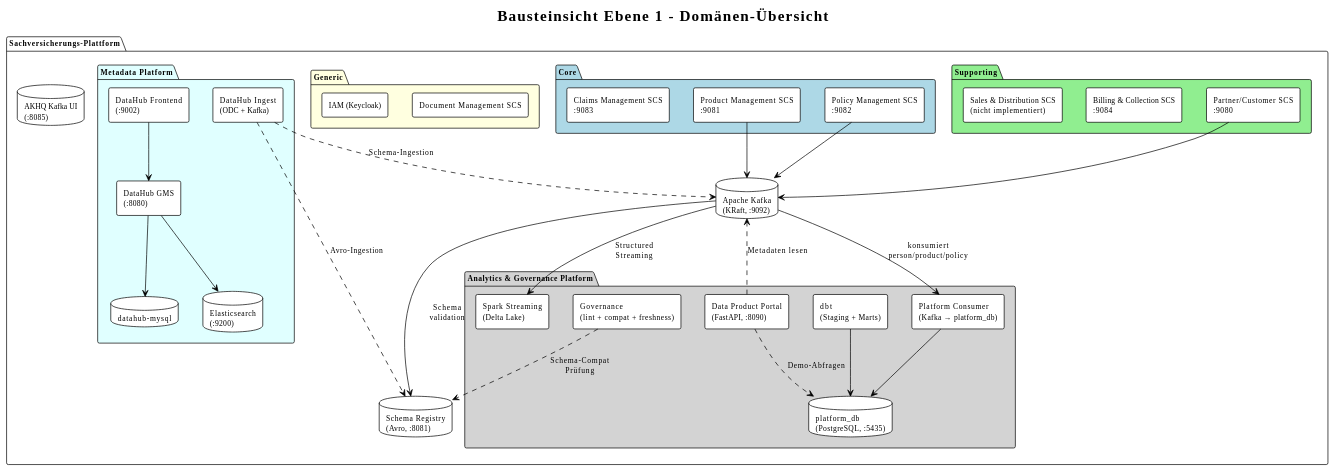
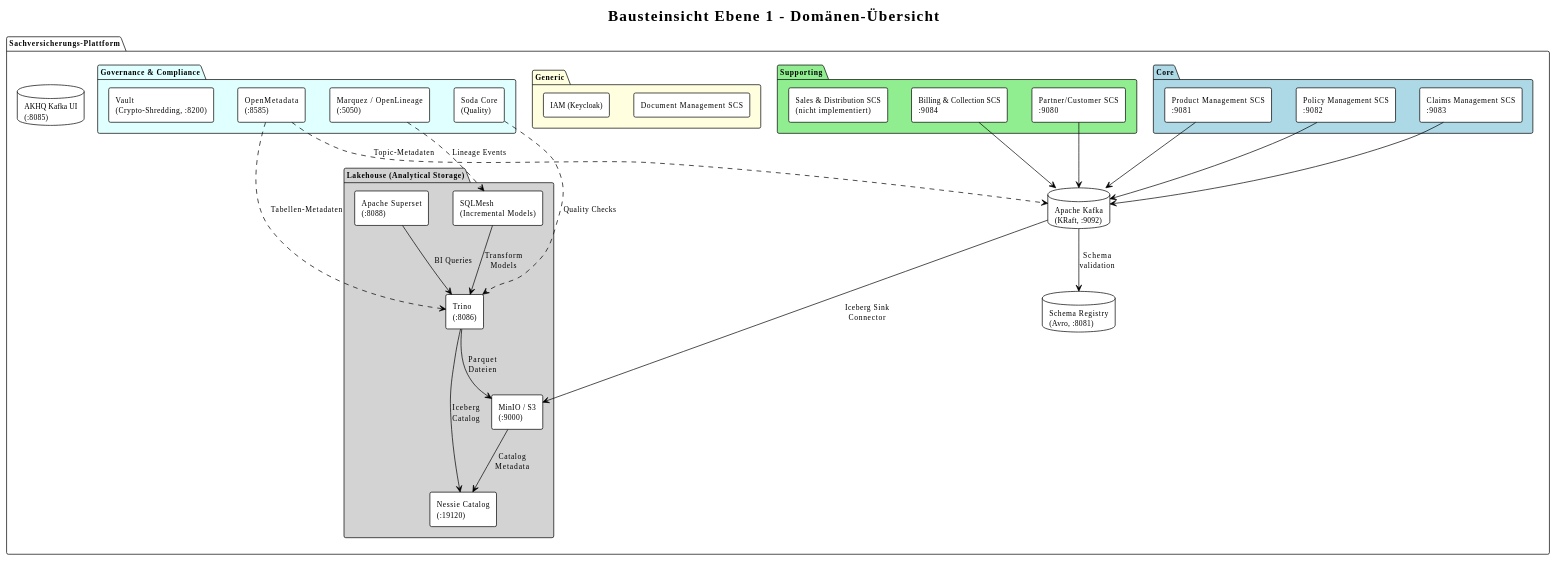
One commit to LukasW/datamesh changed the fourth of 16 diagrams in specs/arc42.md. Above: the diagram before and after it, drawn with PlantUML. The commit also changed other lines of this file and 524 other files, not shown here.

````diff
--- a/specs/arc42.md
+++ b/specs/arc42.md
@@ -297,70 +299,69 @@
 ```plantuml
 @startuml baustein-l1
 !theme plain
 skinparam componentStyle rectangle
 skinparam defaultFontSize 11
 
 title Bausteinsicht Ebene 1 – Domänen-Übersicht
 
 package "Sachversicherungs-Plattform" {
 
   package "Core" #LightBlue {
     [Product Management SCS\n:9081] as PM
     [Policy Management SCS\n:9082] as POL
     [Claims Management SCS\n:9083] as CLM
   }
 
   package "Supporting" #LightGreen {
     [Partner/Customer SCS\n:9080] as PCM
     [Billing & Collection SCS\n:9084] as BIL
     [Sales & Distribution SCS\n(nicht implementiert)] as SAL
   }
 
   package "Generic" #LightYellow {
     [Document Management SCS] as DMS
     [IAM (Keycloak)] as IAM
   }
 
   database "Apache Kafka\n(KRaft, :9092)" as KAFKA
   database "Schema Registry\n(Avro, :8081)" as SR
   database "AKHQ Kafka UI\n(:8085)" as AKHQ
 
-  package "Analytics & Governance Platform" #LightGrey {
-    [Platform Consumer\n(Kafka → platform_db)] as PC
-    [dbt\n(Staging + Marts)] as DBT
-    [Spark Streaming\n(Delta Lake)] as SPARK
-    [Governance\n(lint + compat + freshness)] as GOV
-    [Data Product Portal\n(FastAPI, :8090)] as PORTAL
-    database "platform_db\n(PostgreSQL, :5435)" as PLTDB
+  package "Lakehouse (Analytical Storage)" #LightGrey {
+    [MinIO / S3\n(:9000)] as MINIO
+    [Nessie Catalog\n(:19120)] as NESSIE
+    [Trino\n(:8086)] as TRINO
+    [SQLMesh\n(Incremental Models)] as SQLMESH
+    [Apache Superset\n(:8088)] as SUPERSET
   }
 
-  package "Metadata Platform" #LightCyan {
-    [DataHub GMS\n(:8080)] as DHGMS
-    [DataHub Frontend\n(:9002)] as DH
-    [DataHub Ingest\n(ODC + Kafka)] as DHINGEST
-    database "datahub-mysql" as DHMYSQL
-    database "Elasticsearch\n(:9200)" as DHES
+  package "Governance & Compliance" #LightCyan {
+    [OpenMetadata\n(:8585)] as OMD
+    [Marquez / OpenLineage\n(:5050)] as MRQ
+    [Soda Core\n(Quality)] as SODA
+    [Vault\n(Crypto-Shredding, :8200)] as VAULT
   }
 }
 
 PM --> KAFKA
 POL --> KAFKA
 PCM --> KAFKA
+CLM --> KAFKA
+BIL --> KAFKA
 
 KAFKA --> SR : Schema\nvalidation
-KAFKA --> PC : konsumiert\nperson/product/policy
-KAFKA --> SPARK : Structured\nStreaming
+KAFKA --> MINIO : Iceberg Sink\nConnector
 
-PC --> PLTDB
-DBT --> PLTDB
-PORTAL ..> KAFKA : Metadaten lesen
-PORTAL ..> PLTDB : Demo-Abfragen
-GOV ..> SR : Schema-Compat\nPrüfung
-DHGMS --> DHMYSQL
-DHGMS --> DHES
-DH --> DHGMS
-DHINGEST ..> SR : Avro-Ingestion
-DHINGEST ..> KAFKA : Schema-Ingestion
+MINIO --> NESSIE : Catalog\nMetadata
+TRINO --> NESSIE : Iceberg\nCatalog
+TRINO --> MINIO : Parquet\nDateien
+SQLMESH --> TRINO : Transform\nModels
+SUPERSET --> TRINO : BI Queries
+
+OMD ..> KAFKA : Topic-Metadaten
+OMD ..> TRINO : Tabellen-Metadaten
+MRQ ..> SQLMESH : Lineage Events
+SODA ..> TRINO : Quality Checks
 
 @enduml
 ```
````
